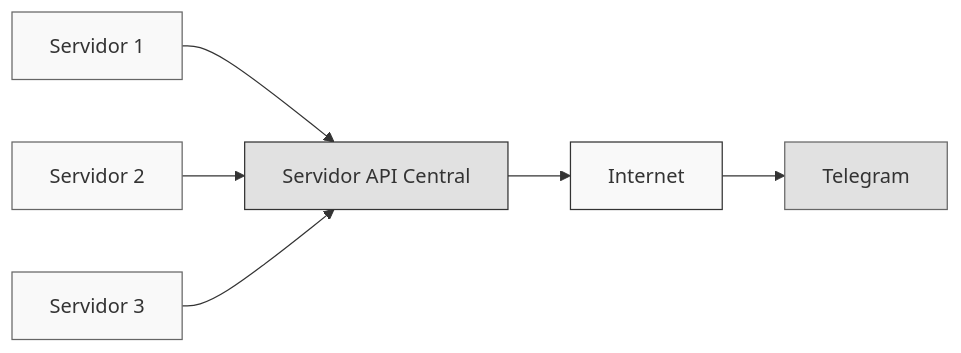
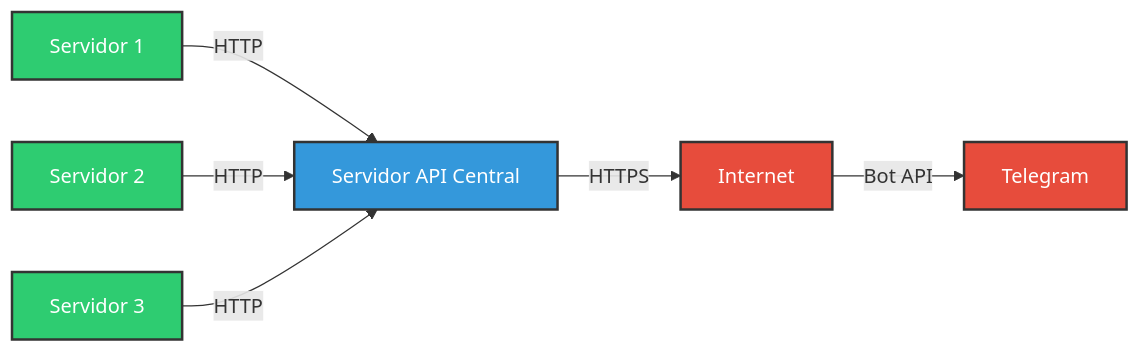
One commit to ssanchezhlg/bot_telegram_oficial changed the diagram in README.md. Above: the diagram before and after it, drawn with Mermaid.

Commit message:
corredigo readme

````diff
--- a/README.md
+++ b/README.md
@@ -42,15 +42,15 @@
 ```mermaid
 graph LR
-    style A fill:#f9f9f9,stroke:#666
-    style B fill:#f9f9f9,stroke:#666
-    style C fill:#f9f9f9,stroke:#666
-    style D fill:#e1e1e1,stroke:#333
-    style E fill:#f9f9f9,stroke:#333
-    style F fill:#e1e1e1,stroke:#666
+    A[Servidor 1] -->|HTTP| D[Servidor API Central]
+    B[Servidor 2] -->|HTTP| D
+    C[Servidor 3] -->|HTTP| D
+    D -->|HTTPS| E[Internet]
+    E -->|Bot API| F[Telegram]
+
+    classDef default fill:#2ecc71,stroke:#333,stroke-width:2px,color:white;
+    classDef api fill:#3498db,stroke:#333,stroke-width:2px,color:white;
+    classDef external fill:#e74c3c,stroke:#333,stroke-width:2px,color:white;
     
-    A[Servidor 1] --> D[Servidor API Central]
-    B[Servidor 2] --> D
-    C[Servidor 3] --> D
-    D --> E[Internet]
-    E --> F[Telegram]
+    class D api;
+    class E,F external;
 ```
````
